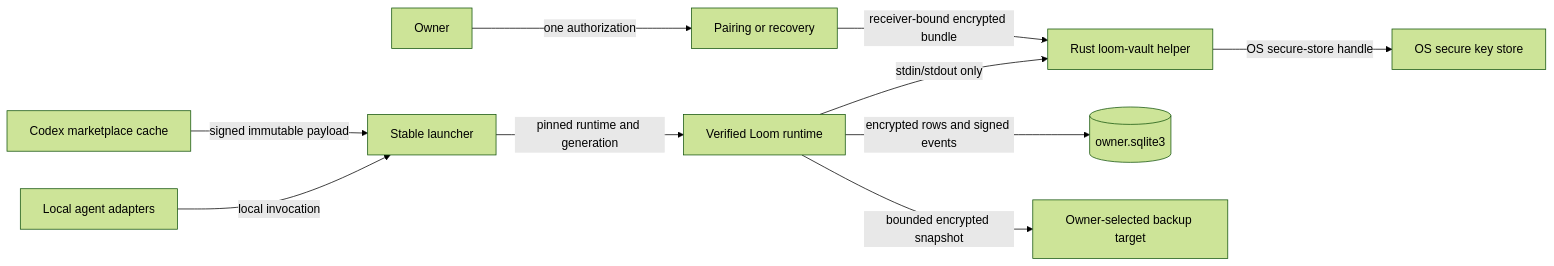
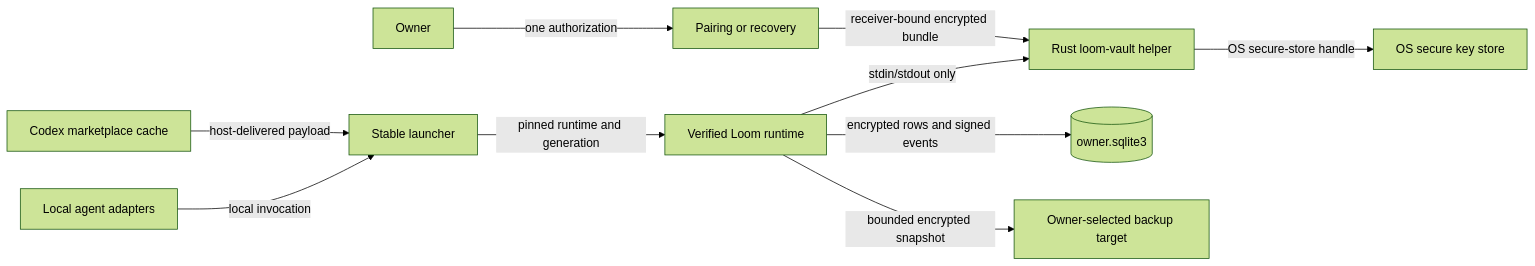
One commit to saroo98/loom changed the diagram in docs/loom-1.1-threat-model.md. Above: the diagram before and after it, drawn with Mermaid (forest theme). The commit also changed other lines of this file and 17 other files, not shown here.

````diff
--- a/docs/loom-1.1-threat-model.md
+++ b/docs/loom-1.1-threat-model.md
@@ -11,12 +11,12 @@
 ```mermaid
 flowchart LR
   Owner[Owner] -->|one authorization| Pair[Pairing or recovery]
-  Marketplace[Codex marketplace cache] -->|signed immutable payload| Launcher[Stable launcher]
+  Marketplace[Codex marketplace cache] -->|host-delivered payload| Launcher[Stable launcher]
   Agents[Local agent adapters] -->|local invocation| Launcher
   Launcher -->|pinned runtime and generation| Runtime[Verified Loom runtime]
   Runtime -->|stdin/stdout only| Crypto[Rust loom-vault helper]
   Crypto -->|OS secure-store handle| Keys[OS secure key store]
   Runtime -->|encrypted rows and signed events| Vault[(owner.sqlite3)]
   Pair -->|receiver-bound encrypted bundle| Crypto
   Runtime -->|bounded encrypted snapshot| Backup[Owner-selected backup target]
 ```
````
